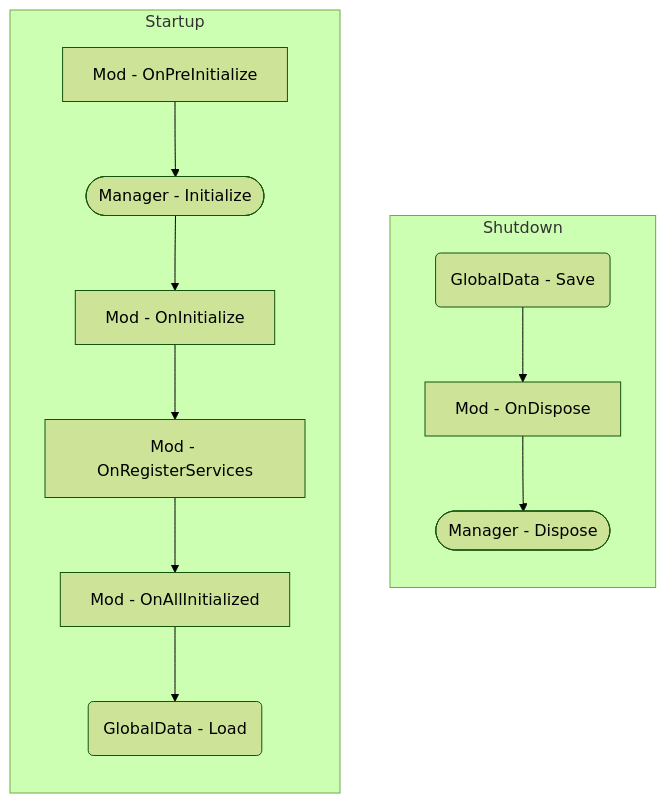
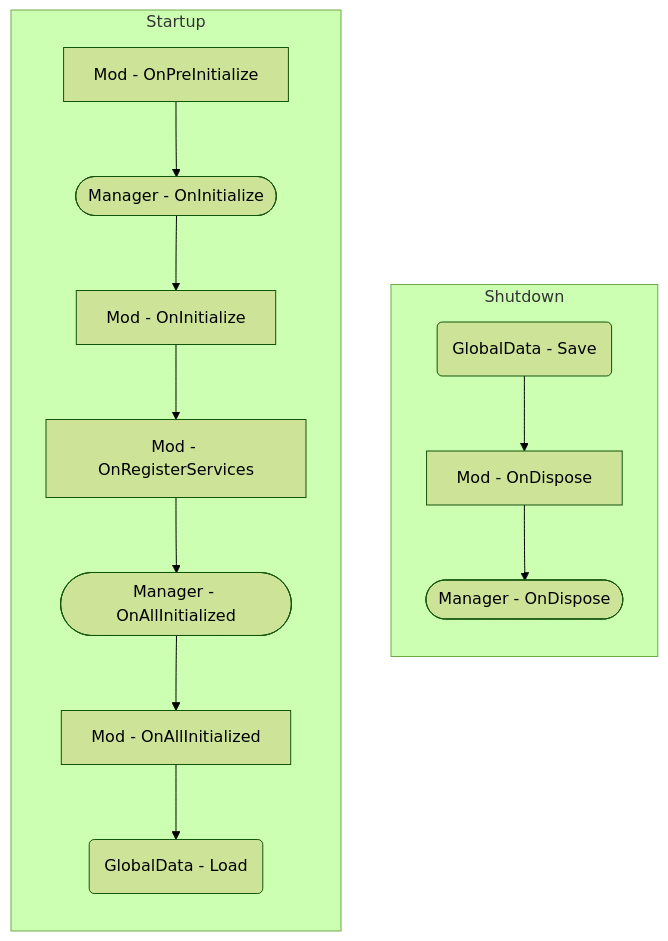
Before and after one commit to BrandenEK/BlasII.ModdingAPI: the diagram in docs/development/execution.md, drawn with Mermaid (forest theme). The commit also changed 1 other file, not shown here.

Commit message:
core: fix execution order for PostInitialize (#98)
* core: change postinit execution

* docs: update execution order info

````diff
--- a/docs/development/execution.md
+++ b/docs/development/execution.md
@@ -7,25 +7,27 @@
 ```mermaid
 graph LR
     A[Mod - OnPreInitialize]
-    B([Manager - Initialize])
+    B([Manager - OnInitialize])
     C[Mod - OnInitialize]
     D[Mod - OnRegisterServices]
+    F([Manager - OnAllInitialized])
     G[Mod - OnAllInitialized]
     H(GlobalData - Load)
     X(GlobalData - Save)
     Y[Mod - OnDispose]
-    Z([Manager - Dispose])
+    Z([Manager - OnDispose])
 
     subgraph Startup
     A-->B
     B-->C
     C-->D
-    D-->G
+    D-->F
+    F-->G
     G-->H
     end
     subgraph Shutdown
     X-->Y
     Y-->Z
     end
     Startup~~~Shutdown
 ```
````
